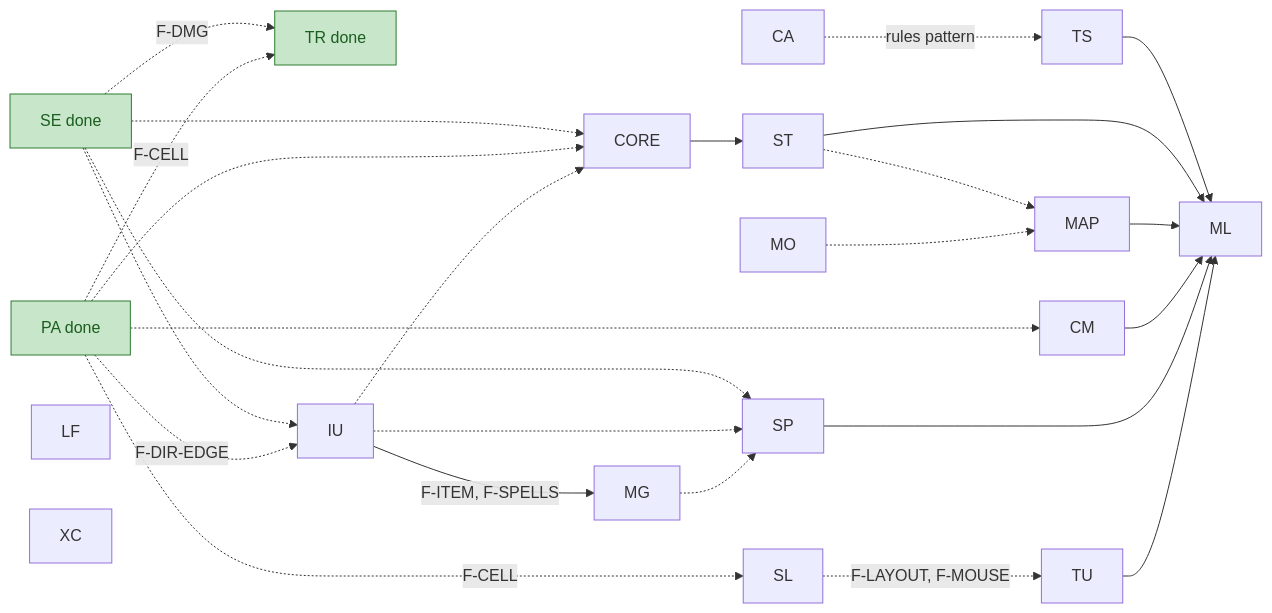
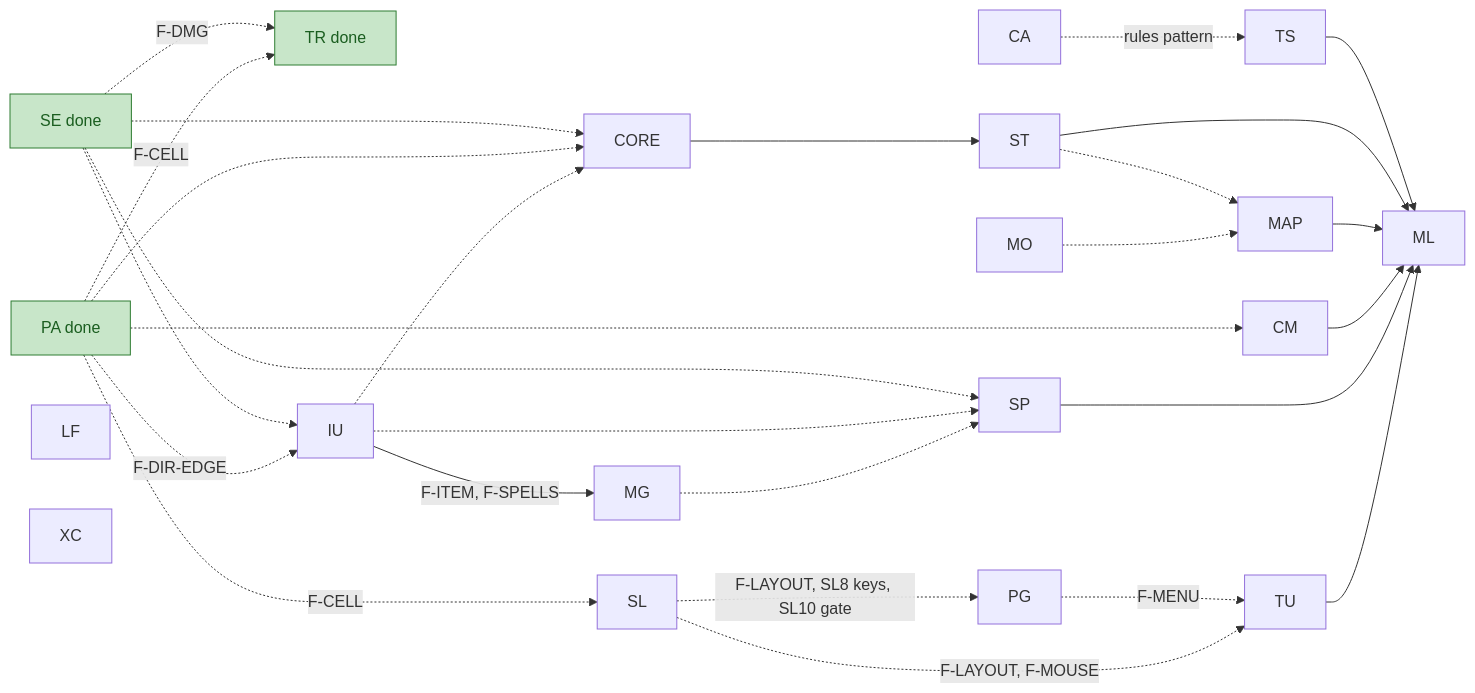
The diagram in docs/migration/backlog.md (lollek/omoria), drawn with Mermaid before and after one commit. The commit also changed other lines of this file and 1 other file, not shown here.

````diff
--- a/docs/migration/backlog.md
+++ b/docs/migration/backlog.md
@@ -219,31 +224,33 @@
 ```mermaid
 graph LR
   PA[PA done] -.->|F-CELL| TR[TR done]
   SE[SE done] -.->|F-DMG| TR
   PA -.->|F-DIR-EDGE| IU
   SE -.-> IU
   IU -->|F-ITEM, F-SPELLS| MG
   MG -.-> SP
   IU -.-> SP
   SE -.-> SP
   CA -.->|rules pattern| TS
   MO -.-> MAP
   ST -.-> MAP
   PA -.-> CM
   IU -.-> CORE
   PA -.-> CORE
   SE -.-> CORE
   CORE --> ST
   TU --> ML
   SP --> ML
   CM --> ML
   MAP --> ML
   ST --> ML
   TS --> ML
   PA -.->|F-CELL| SL
   SL -.->|F-LAYOUT, F-MOUSE| TU
+  SL -.->|F-LAYOUT, SL8 keys, SL10 gate| PG
+  PG -.->|F-MENU| TU
   LF
   XC
   classDef done fill:#c8e6c9,stroke:#2e7d32,color:#1b5e20
   class PA,SE,TR done
 ```
````
